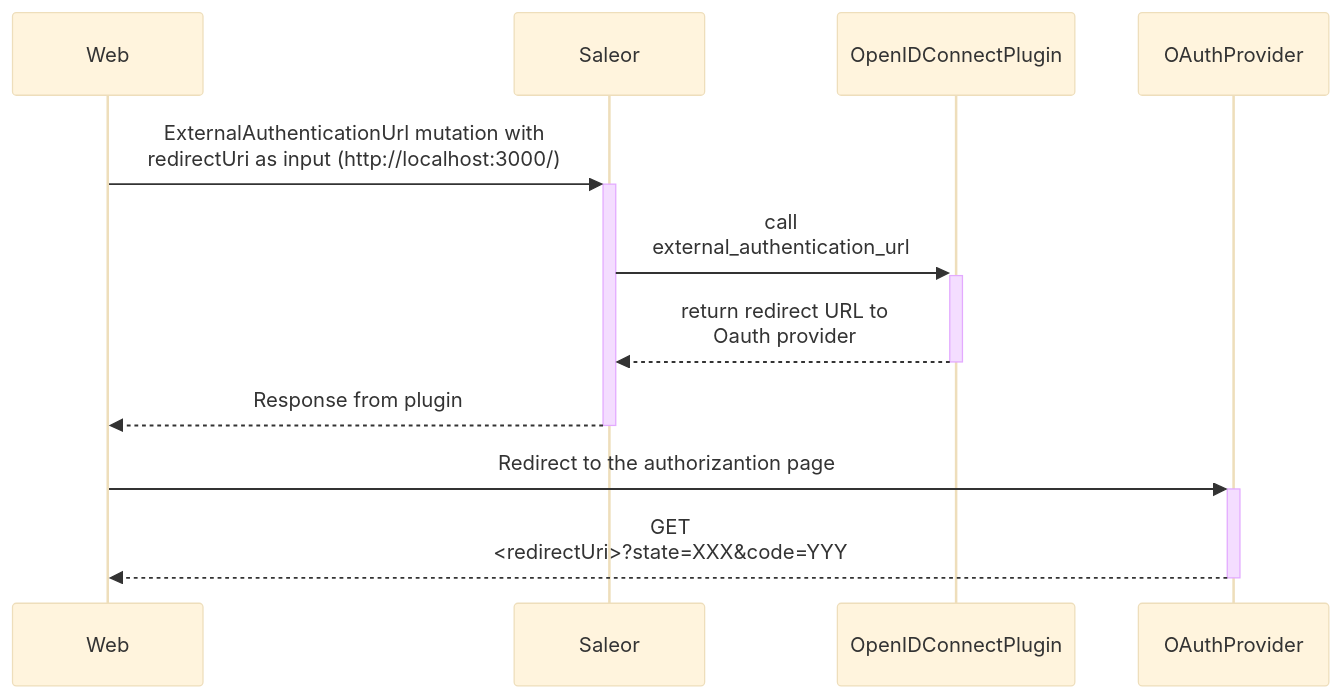
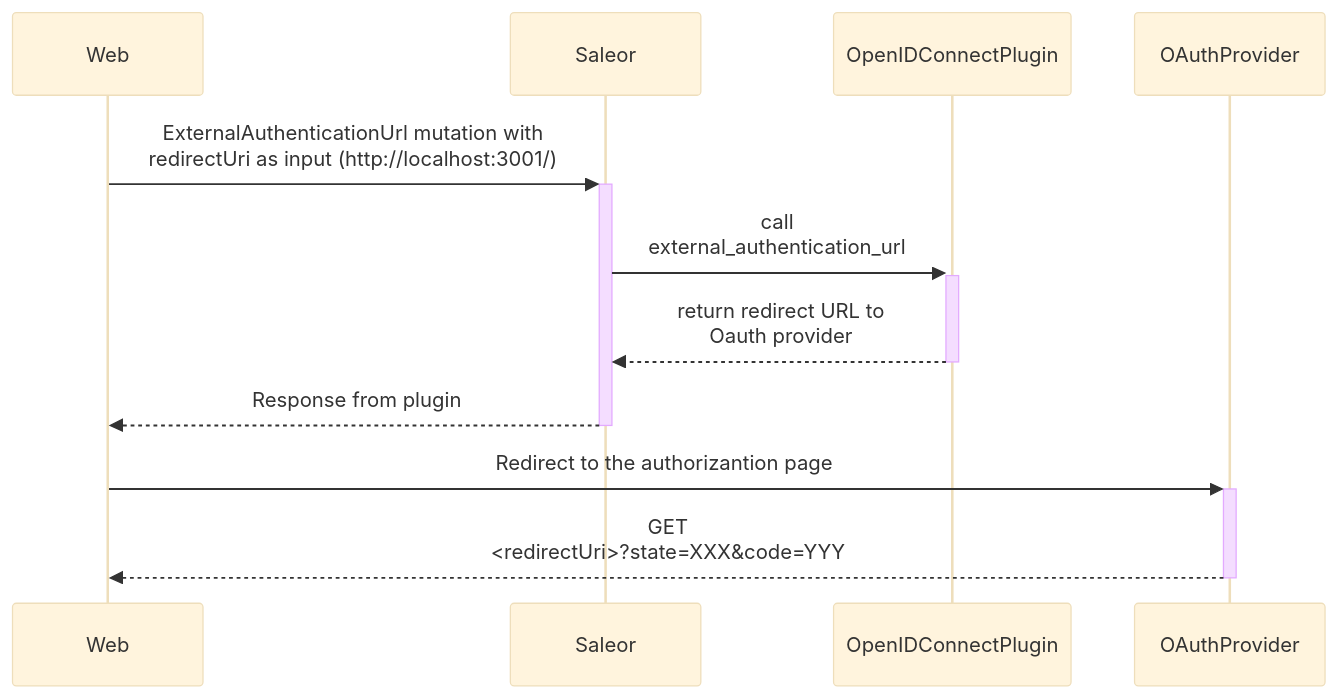
The first of 6 diagrams in docs/developer/available-plugins/openid-connect.mdx (saleor/saleor-docs), drawn with Mermaid (base theme) before and after one commit. The commit also changed other lines of this file and 10 other files, not shown here.

````diff
--- a/docs/developer/available-plugins/openid-connect.mdx
+++ b/docs/developer/available-plugins/openid-connect.mdx
@@ -39,9 +39,9 @@
 ```mermaid
 sequenceDiagram
-  Web ->>+ Saleor: ExternalAuthenticationUrl mutation with<br> redirectUri as input (http://localhost:3000/)
+  Web ->>+ Saleor: ExternalAuthenticationUrl mutation with<br> redirectUri as input (http://localhost:3001/)
   Saleor ->>+ OpenIDConnectPlugin: call<br>external_authentication_url
   OpenIDConnectPlugin -->>- Saleor: return redirect URL to <br>Oauth provider
   Saleor -->>- Web: Response from plugin
   Web ->>+ OAuthProvider: Redirect to the authorizantion page
   OAuthProvider -->>- Web: GET<br> <redirectUri>?state=XXX&code=YYY
 ```
````
